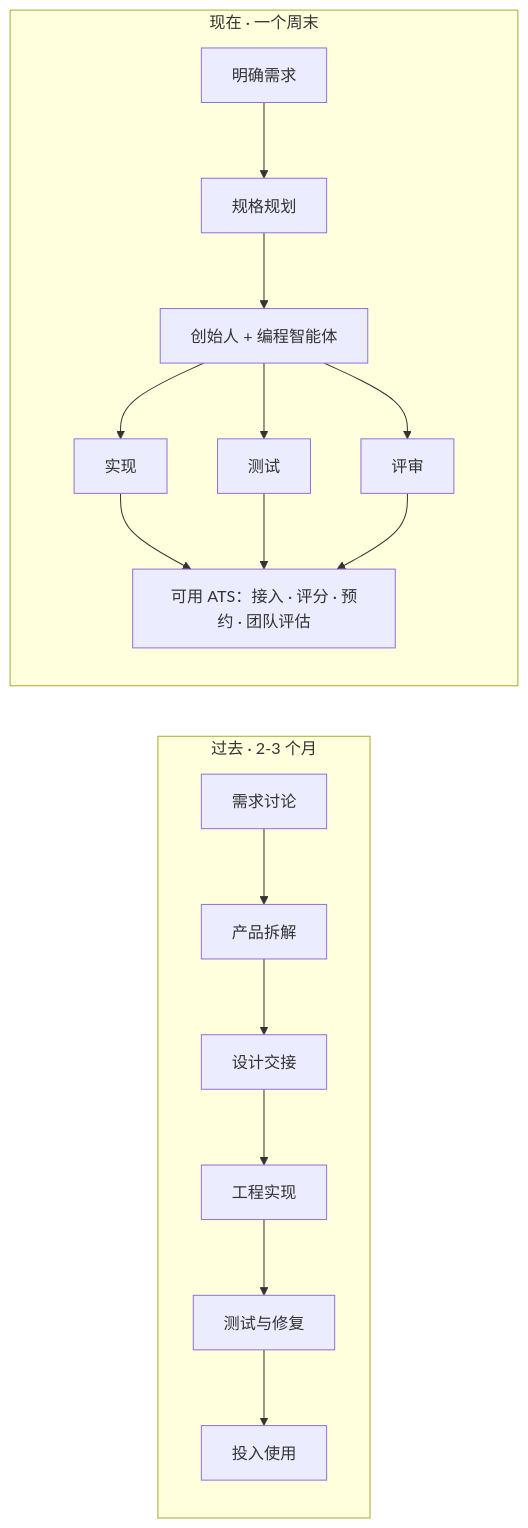
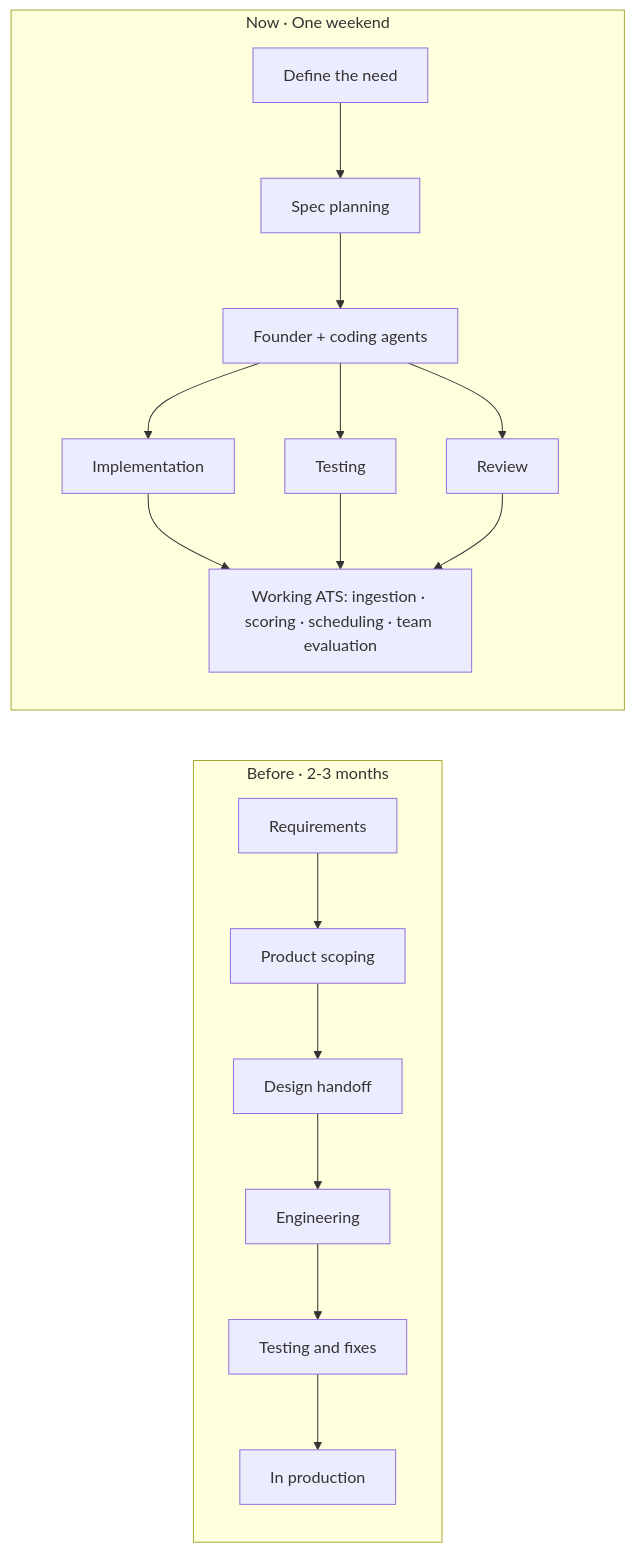
The first of 4 diagrams in content/blog/we-decided-to-stop-buying-saas/index.mdx (cleostudio/cleo), drawn with Mermaid before and after one commit. The commit also changed other lines of this file and 141 other files, not shown here.

````diff
--- a/content/blog/we-decided-to-stop-buying-saas/index.mdx
+++ b/content/blog/we-decided-to-stop-buying-saas/index.mdx
@@ -71,17 +72,17 @@
-```mermaid caption="同一套 ATS，成本边界从几个月缩短到一个周末。"
+```mermaid caption="The cost boundary for the same ATS moved from a few months to one weekend."
 flowchart LR
-  subgraph PAST["过去 · 2-3 个月"]
+  subgraph PAST["Before · 2-3 months"]
     direction TB
-    P1["需求讨论"] --> P2["产品拆解"] --> P3["设计交接"] --> P4["工程实现"] --> P5["测试与修复"] --> P6["投入使用"]
+    P1["Requirements"] --> P2["Product scoping"] --> P3["Design handoff"] --> P4["Engineering"] --> P5["Testing and fixes"] --> P6["In production"]
   end
-  subgraph NOW["现在 · 一个周末"]
+  subgraph NOW["Now · One weekend"]
     direction TB
-    N1["明确需求"] --> N2["规格规划"] --> N3["创始人 + 编程智能体"]
-    N3 --> I["实现"]
-    N3 --> T["测试"]
-    N3 --> R["评审"]
-    I --> ATS["可用 ATS：接入 · 评分 · 预约 · 团队评估"]
+    N1["Define the need"] --> N2["Spec planning"] --> N3["Founder + coding agents"]
+    N3 --> I["Implementation"]
+    N3 --> T["Testing"]
+    N3 --> R["Review"]
+    I --> ATS["Working ATS: ingestion · scoring · scheduling · team evaluation"]
     T --> ATS
     R --> ATS
   end
 ```
````
